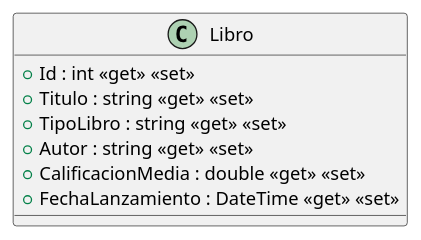
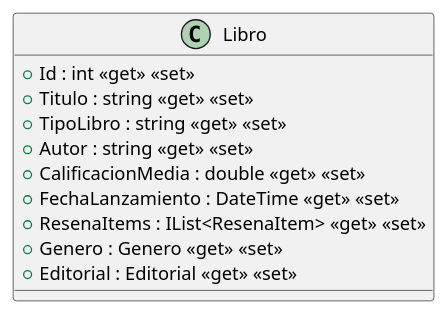
One commit to ISII2627SoftwareEngineers/ISII2627SoftwareEngineers changed the diagram in src/AppForSEII.API/ClassDiagram/Libro.puml. Above: the diagram before and after it, drawn with PlantUML. The commit also changed 12 other files, not shown here.

Commit message:
Añadido diagrama UML y relaciones del CU Reseñar Libros

```diff
--- a/src/AppForSEII.API/ClassDiagram/Libro.puml
+++ b/src/AppForSEII.API/ClassDiagram/Libro.puml
@@ -1,10 +1,13 @@
 @startuml
 class Libro {
     + Id : int <<get>> <<set>>
     + Titulo : string <<get>> <<set>>
     + TipoLibro : string <<get>> <<set>>
     + Autor : string <<get>> <<set>>
     + CalificacionMedia : double <<get>> <<set>>
     + FechaLanzamiento : DateTime <<get>> <<set>>
+    + ResenaItems : IList<ResenaItem> <<get>> <<set>>
+    + Genero : Genero <<get>> <<set>>
+    + Editorial : Editorial <<get>> <<set>>
 }
 @enduml
```
